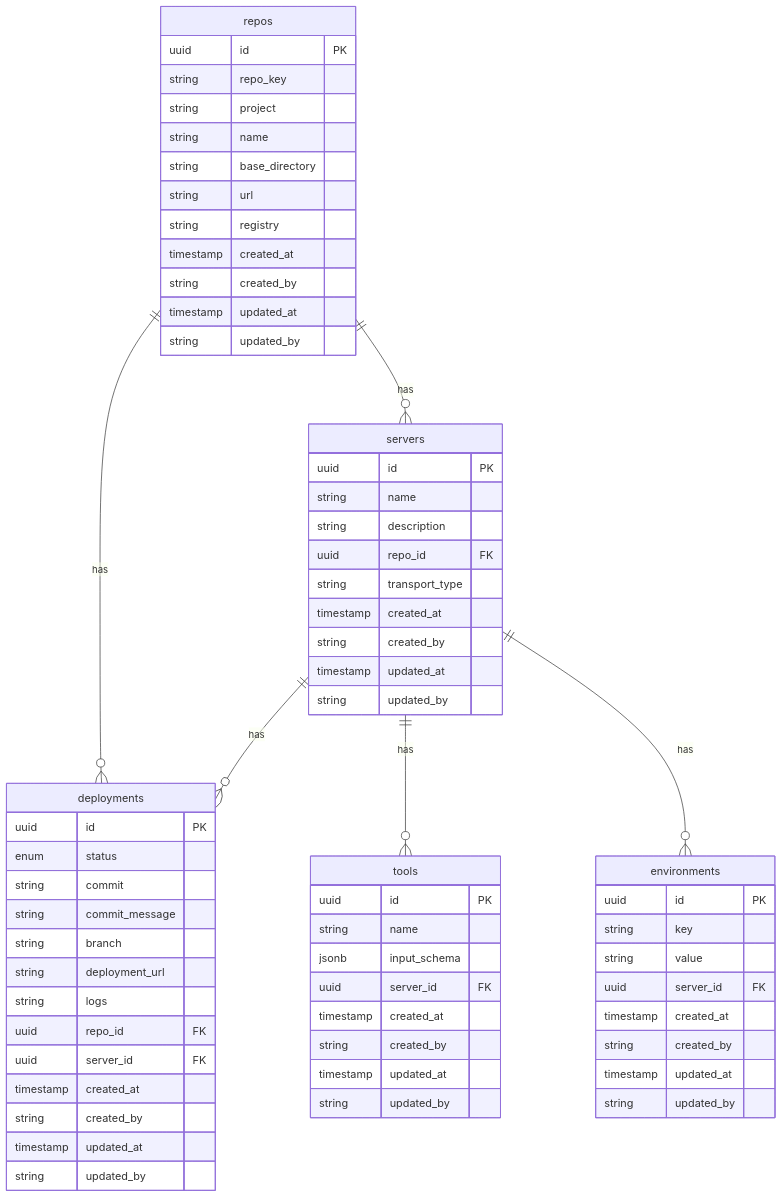
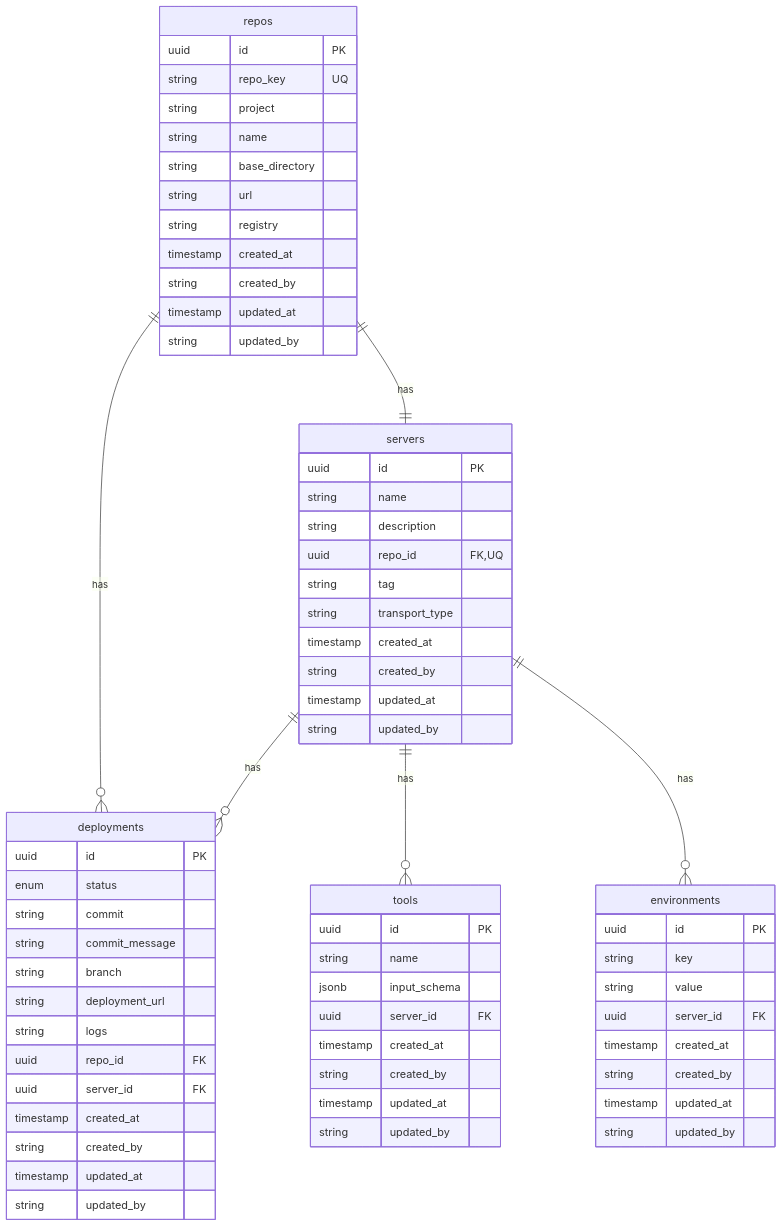
One commit to JHSeo-git/mcp-registry changed the diagram in docs/db-relations.md. Above: the diagram before and after it, drawn with Mermaid. The commit also changed other lines of this file and 8 other files, not shown here.

````diff
--- a/docs/db-relations.md
+++ b/docs/db-relations.md
@@ -5,72 +5,73 @@
 ```mermaid
 erDiagram
     repos ||--o{ deployments : "has"
-    repos ||--o{ servers : "has"
+    repos ||--|| servers : "has"
     servers ||--o{ deployments : "has"
     servers ||--o{ tools : "has"
     servers ||--o{ environments : "has"
 
     repos {
-        uuid id PK
-        string repo_key
+        uuid id "PK"
+        string repo_key "UQ"
         string project
         string name
         string base_directory
         string url
         string registry
         timestamp created_at
         string created_by
         timestamp updated_at
         string updated_by
     }
 
     deployments {
-        uuid id PK
+        uuid id "PK"
         enum status
         string commit
         string commit_message
         string branch
         string deployment_url
         string logs
-        uuid repo_id FK
-        uuid server_id FK
+        uuid repo_id "FK"
+        uuid server_id "FK"
         timestamp created_at
         string created_by
         timestamp updated_at
         string updated_by
     }
 
     servers {
-        uuid id PK
+        uuid id "PK"
         string name
         string description
-        uuid repo_id FK
+        uuid repo_id "FK,UQ"
+        string tag
         string transport_type
         timestamp created_at
         string created_by
         timestamp updated_at
         string updated_by
     }
 
     tools {
-        uuid id PK
+        uuid id "PK"
         string name
         jsonb input_schema
-        uuid server_id FK
+        uuid server_id "FK"
         timestamp created_at
         string created_by
         timestamp updated_at
         string updated_by
     }
 
     environments {
-        uuid id PK
+        uuid id "PK"
         string key
         string value
-        uuid server_id FK
+        uuid server_id "FK"
         timestamp created_at
         string created_by
         timestamp updated_at
         string updated_by
     }
 ```
````
